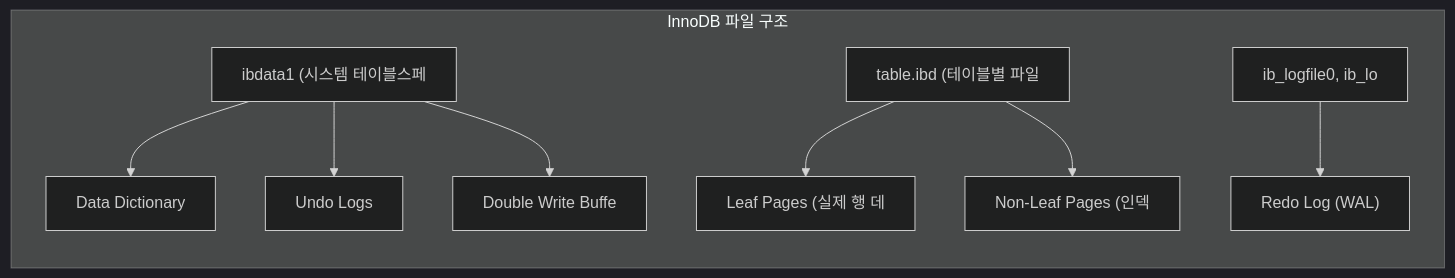
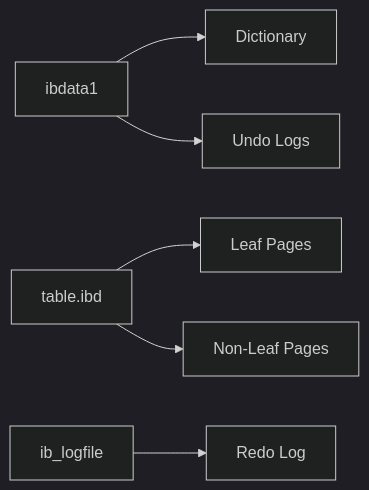
The second of 15 diagrams in _posts/db/2026-05-01-db-comparison.md (yjkim2015/yjkim2015.github.io), drawn with Mermaid (dark theme) before and after one commit. The commit also changed other lines of this file and 155 other files, not shown here.

First line of the commit message:
Mermaid 전면 수정: subgraph 제거, participant/노드/줄수 축소 (342블록)

````diff
--- a/_posts/db/2026-05-01-db-comparison.md
+++ b/_posts/db/2026-05-01-db-comparison.md
@@ -69,11 +69,8 @@
 ```mermaid
 graph LR
-    subgraph "InnoDB 파일 구조"
-        A["ibdata1 (시스템 테이블스페"] --> A1["Data Dictionary"]
-        A --> A2["Undo Logs"]
-        A --> A3["Double Write Buffe"]
-        B["table.ibd (테이블별 파일"] --> B1["Leaf Pages (실제 행 데"]
-        B --> B2["Non-Leaf Pages (인덱"]
-        C["ib_logfile0, ib_lo"] --> C1["Redo Log (WAL)"]
-    end
+    A["ibdata1"] --> A1["Dictionary"]
+    A --> A2["Undo Logs"]
+    B["table.ibd"] --> B1["Leaf Pages"]
+    B --> B2["Non-Leaf Pages"]
+    C["ib_logfile"] --> C1["Redo Log"]
 ```
````
